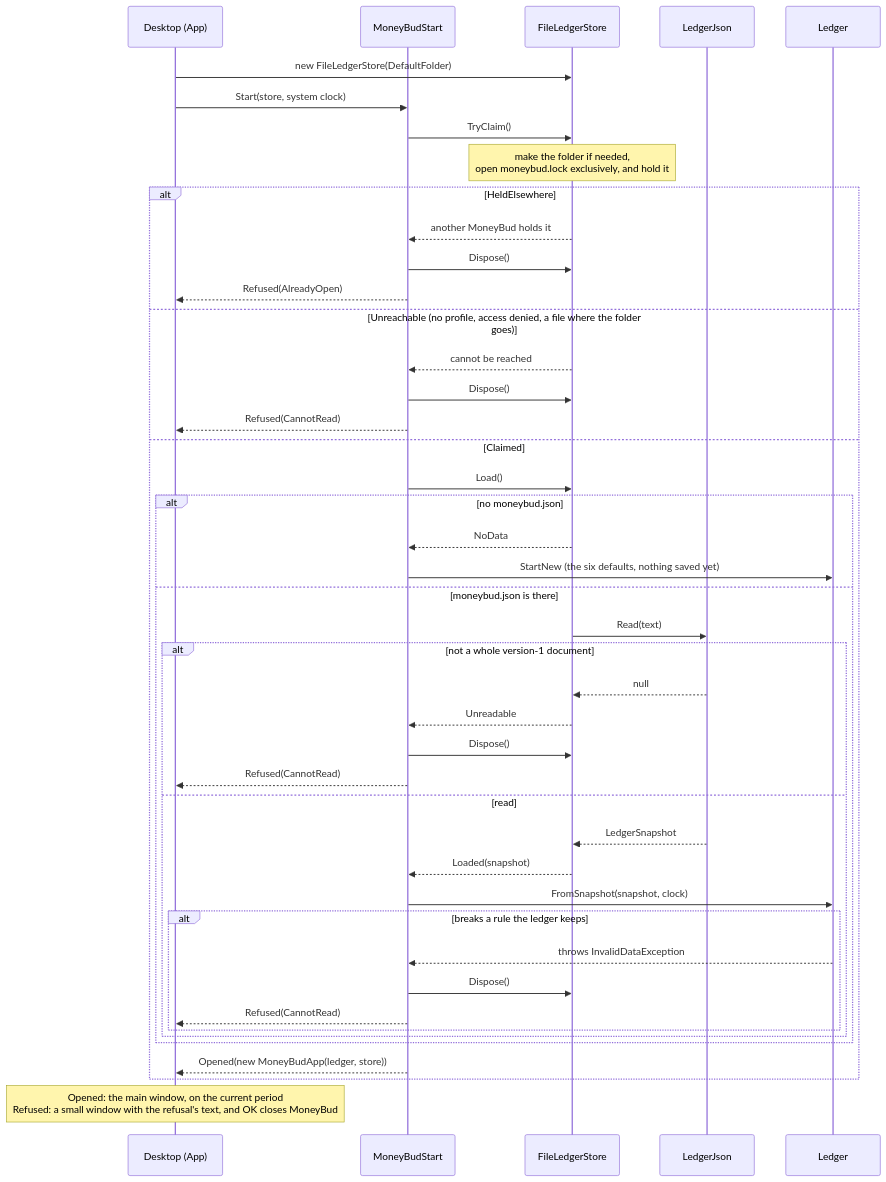
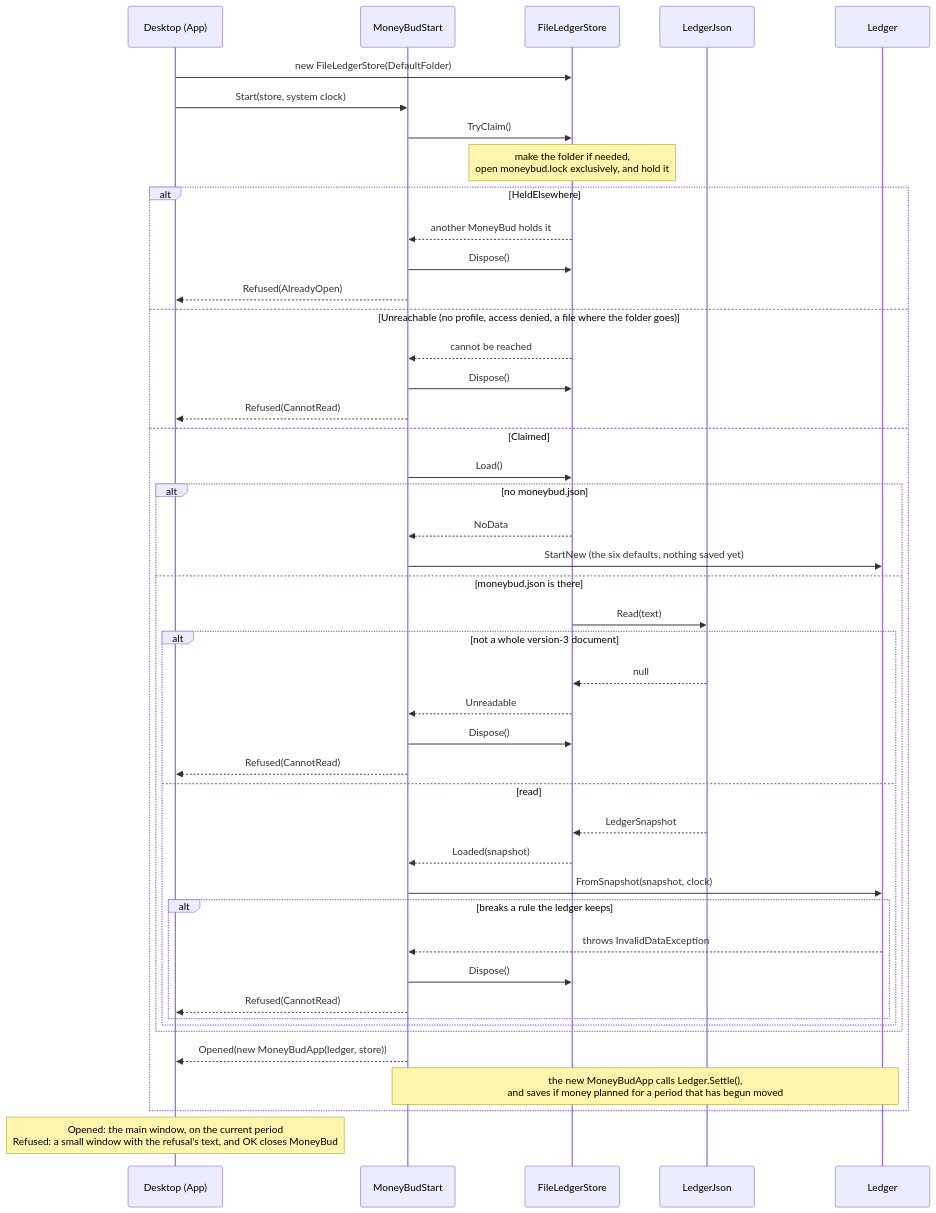
The second of 3 diagrams in docs/arc42/06-runtime-view.md (Axelkonijn/MoneyBud), drawn with Mermaid before and after one commit. The commit also changed other lines of this file and 53 other files, not shown here.

````diff
--- a/docs/arc42/06-runtime-view.md
+++ b/docs/arc42/06-runtime-view.md
@@ -159,47 +229,48 @@
 ```mermaid
 sequenceDiagram
     participant Desktop as Desktop (App)
     participant Start as MoneyBudStart
     participant Store as FileLedgerStore
     participant Json as LedgerJson
     participant Ledger
 
     Desktop->>Store: new FileLedgerStore(DefaultFolder)
     Desktop->>Start: Start(store, system clock)
     Start->>Store: TryClaim()
     Note over Store: make the folder if needed,<br/>open moneybud.lock exclusively, and hold it
     alt HeldElsewhere
         Store-->>Start: another MoneyBud holds it
         Start->>Store: Dispose()
         Start-->>Desktop: Refused(AlreadyOpen)
     else Unreachable (no profile, access denied, a file where the folder goes)
         Store-->>Start: cannot be reached
         Start->>Store: Dispose()
         Start-->>Desktop: Refused(CannotRead)
     else Claimed
         Start->>Store: Load()
         alt no moneybud.json
             Store-->>Start: NoData
             Start->>Ledger: StartNew (the six defaults, nothing saved yet)
         else moneybud.json is there
             Store->>Json: Read(text)
-            alt not a whole version-1 document
+            alt not a whole version-3 document
                 Json-->>Store: null
                 Store-->>Start: Unreadable
                 Start->>Store: Dispose()
                 Start-->>Desktop: Refused(CannotRead)
             else read
                 Json-->>Store: LedgerSnapshot
                 Store-->>Start: Loaded(snapshot)
                 Start->>Ledger: FromSnapshot(snapshot, clock)
                 alt breaks a rule the ledger keeps
                     Ledger-->>Start: throws InvalidDataException
                     Start->>Store: Dispose()
                     Start-->>Desktop: Refused(CannotRead)
                 end
             end
         end
         Start-->>Desktop: Opened(new MoneyBudApp(ledger, store))
+        Note over Start,Ledger: the new MoneyBudApp calls Ledger.Settle(),<br/>and saves if money planned for a period that has begun moved
     end
     Note over Desktop: Opened: the main window, on the current period<br/>Refused: a small window with the refusal's text, and OK closes MoneyBud
 ```
````
